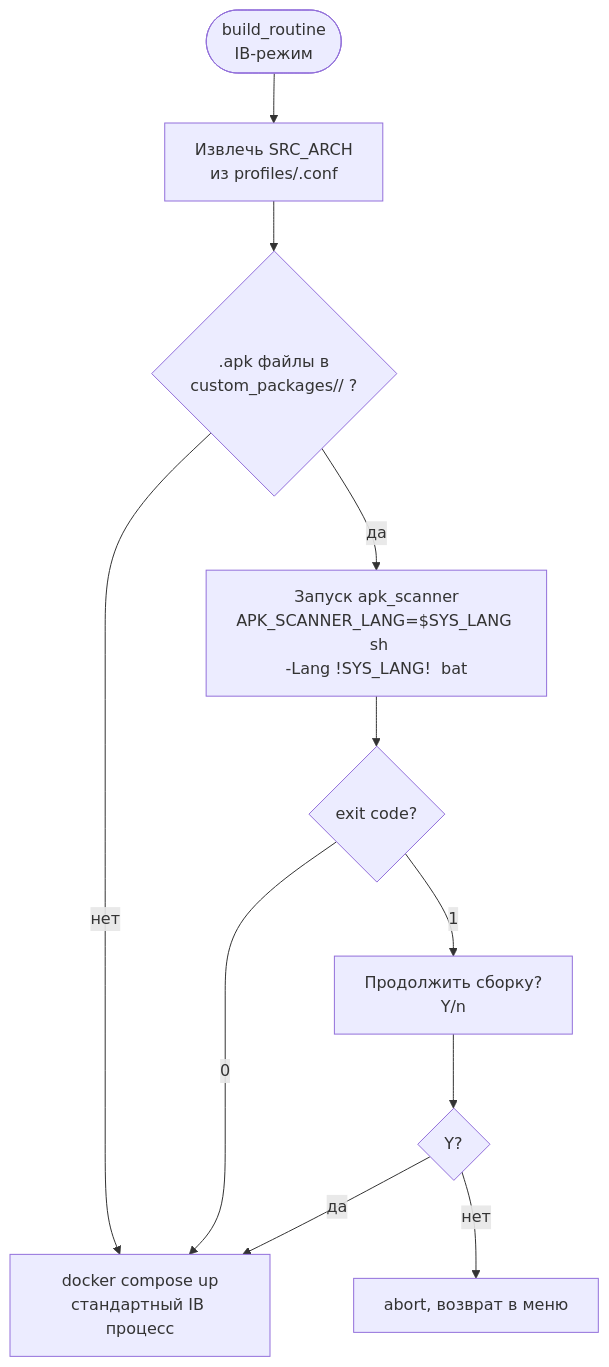
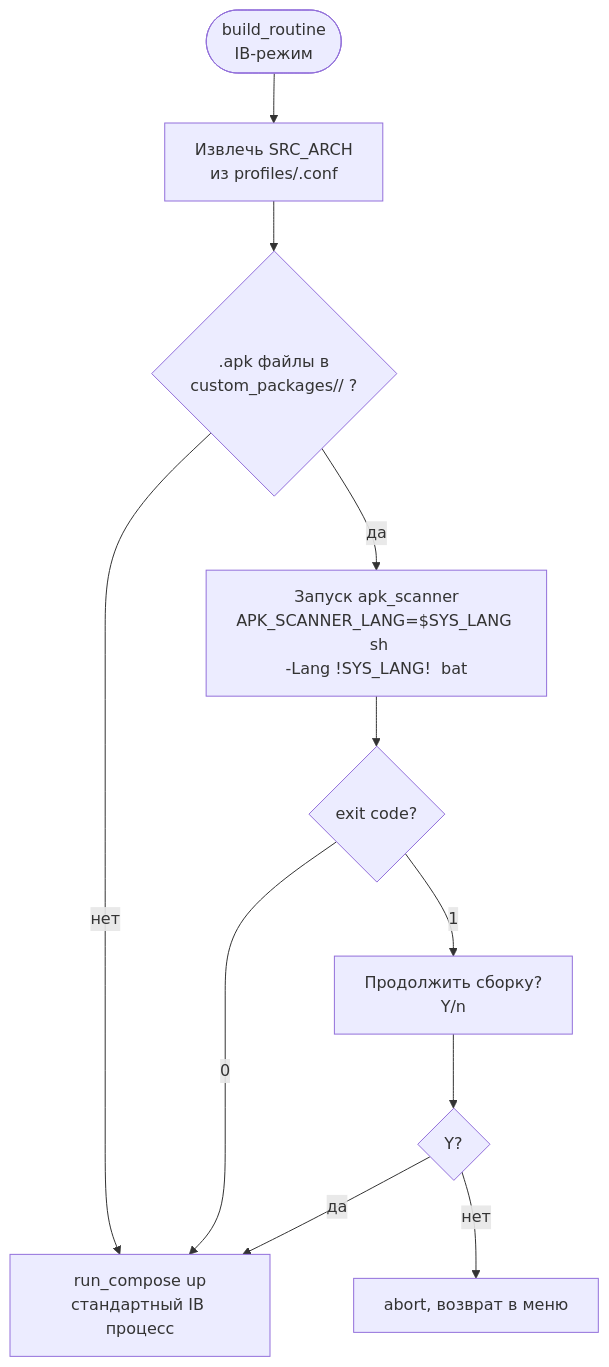
Before and after one commit to GJIUXAPb/routerFW: the fourth of 8 diagrams in docs/ARCHITECTURE_diagram_ru.md, drawn with Mermaid. The commit also changed other lines of this file and 6 other files, not shown here.

First line of the commit message:
docs: update release and architecture docs for 4.70

````diff
--- a/docs/ARCHITECTURE_diagram_ru.md
+++ b/docs/ARCHITECTURE_diagram_ru.md
@@ -182,14 +184,14 @@
 ```mermaid
 flowchart TD
     BR_IB([build_routine\nIB-режим])
     BR_IB --> BR_ARCH[Извлечь SRC_ARCH\nиз profiles/<id>.conf]
     BR_ARCH --> BR_APK{.apk файлы в\ncustom_packages/<profile>/ ?}
-    BR_APK --> |нет| BR_COMPOSE[docker compose up\nстандартный IB процесс]
+    BR_APK --> |нет| BR_COMPOSE[run_compose up\nстандартный IB процесс]
     BR_APK --> |да| BR_SCAN[Запуск apk_scanner\nAPK_SCANNER_LANG=$SYS_LANG  sh\n-Lang !SYS_LANG!  bat]
     BR_SCAN --> BR_SCAN_EXIT{exit code?}
     BR_SCAN_EXIT --> |0| BR_COMPOSE
     BR_SCAN_EXIT --> |1| BR_PROMPT["Продолжить сборку?\nY/n"]
     BR_PROMPT --> BR_CONT{Y?}
     BR_CONT --> |да| BR_COMPOSE
     BR_CONT --> |нет| BR_ABORT[abort, возврат в меню]
 ```
````
